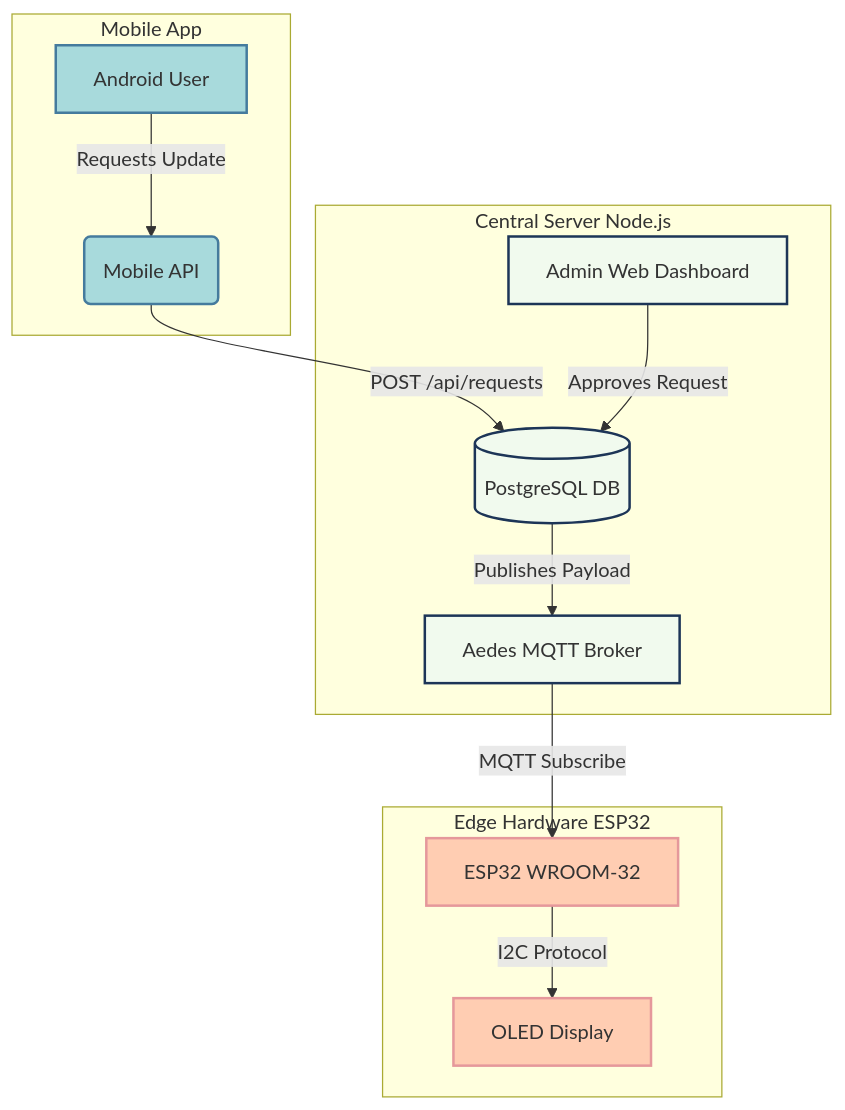
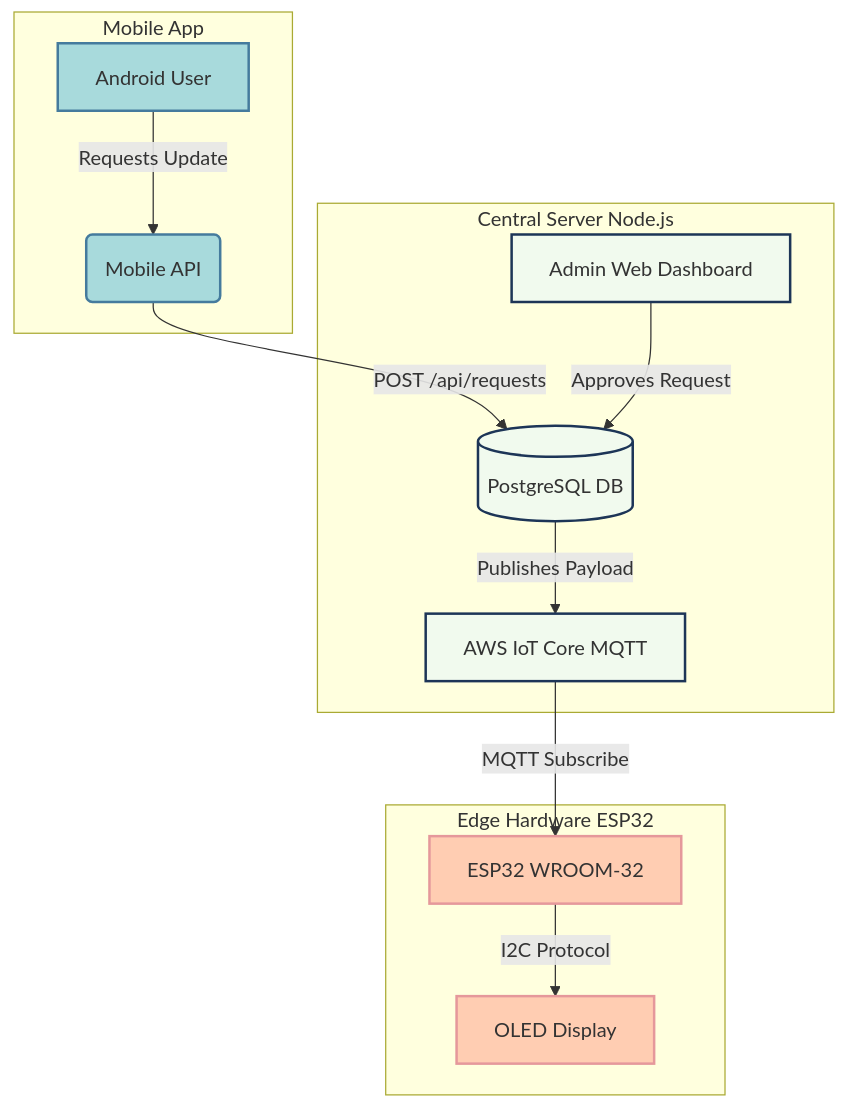
Before and after one commit to PrabhavaUV/DigiPlay_Cloud: the diagram in README.md, drawn with Mermaid. The commit also changed other lines of this file and 1 other file, not shown here.

Commit message:
docs: update README and server.md to reflect AWS IoT Core architecture

````diff
--- a/README.md
+++ b/README.md
@@ -23,26 +23,26 @@
 ```mermaid
 graph TD
     subgraph Mobile App
         A[Android User] -->|Requests Update| B(Mobile API)
     end
 
     subgraph Central Server Node.js
         B -->|POST /api/requests| C[(PostgreSQL DB)]
         D[Admin Web Dashboard] -->|Approves Request| C
-        C -->|Publishes Payload| E[Aedes MQTT Broker]
+        C -->|Publishes Payload| E[AWS IoT Core MQTT]
     end
 
     subgraph Edge Hardware ESP32
         E -->|MQTT Subscribe| F[ESP32 WROOM-32]
         F -->|I2C Protocol| G[OLED Display]
     end
 
     %% Styles
     classDef mobile fill:#a8dadc,stroke:#457b9d,stroke-width:2px;
     classDef server fill:#f1faee,stroke:#1d3557,stroke-width:2px;
     classDef hardware fill:#ffcdb2,stroke:#e5989b,stroke-width:2px;
     
     class A,B mobile;
     class C,D,E server;
     class F,G hardware;
 ```
````
